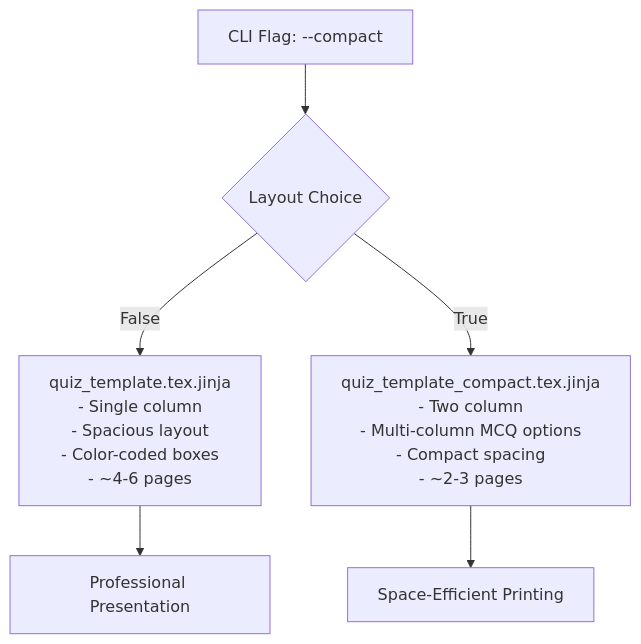
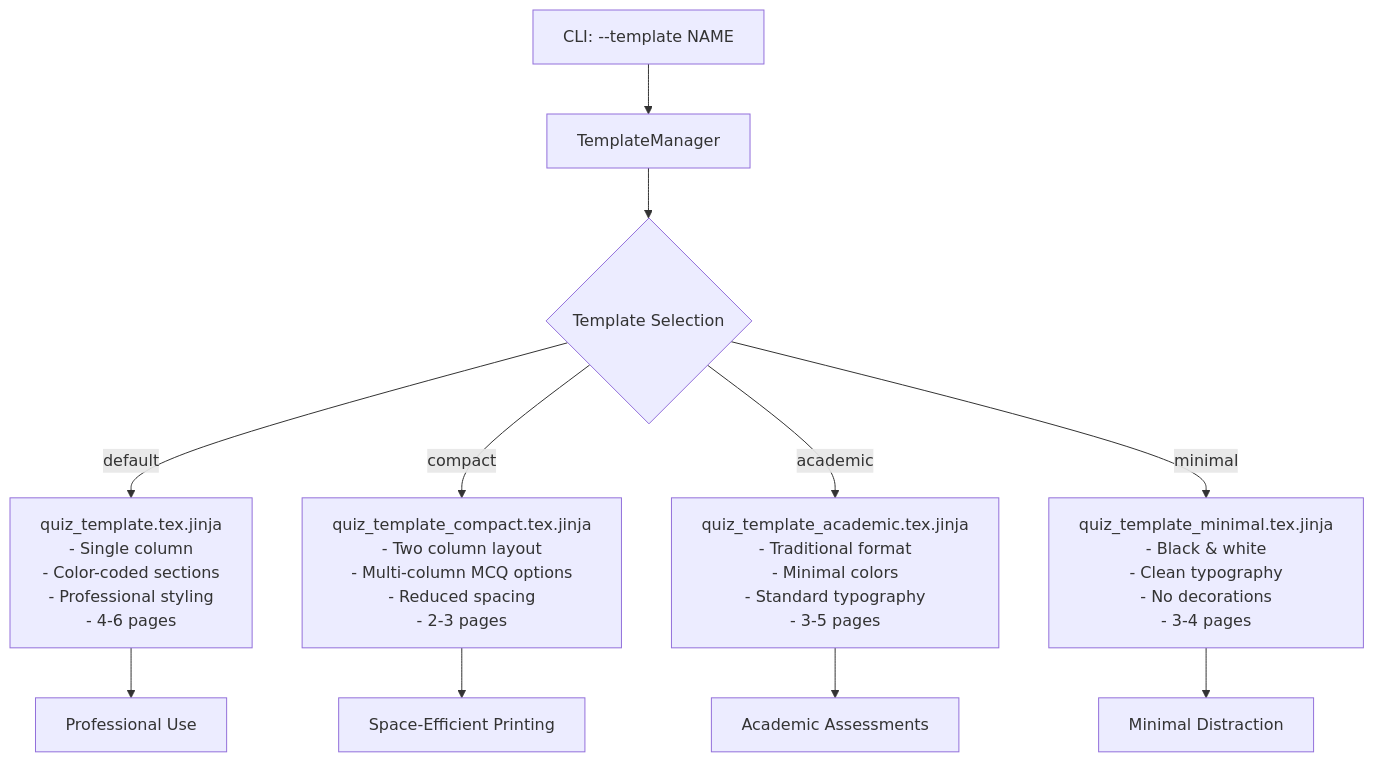
Before and after one commit to nipunbatra/setwise: the fourth of 4 diagrams in docs/architecture.md, drawn with Mermaid. The commit also changed other lines of this file and 5 other files, not shown here.

````diff
--- a/docs/architecture.md
+++ b/docs/architecture.md
@@ -98,9 +102,18 @@
 ```mermaid
 graph TD
-    A[CLI Flag: --compact] --> B{Layout Choice}
-    B -->|False| C[quiz_template.tex.jinja<br/>- Single column<br/>- Spacious layout<br/>- Color-coded boxes<br/>- ~4-6 pages]
-    B -->|True| D[quiz_template_compact.tex.jinja<br/>- Two column<br/>- Multi-column MCQ options<br/>- Compact spacing<br/>- ~2-3 pages]
+    A[CLI: --template NAME] --> B[TemplateManager]
+    B --> C{Template Selection}
     
-    C --> E[Professional Presentation]
-    D --> F[Space-Efficient Printing]
+    C -->|default| D[quiz_template.tex.jinja<br/>- Single column<br/>- Color-coded sections<br/>- Professional styling<br/>- 4-6 pages]
+    
+    C -->|compact| E[quiz_template_compact.tex.jinja<br/>- Two column layout<br/>- Multi-column MCQ options<br/>- Reduced spacing<br/>- 2-3 pages]
+    
+    C -->|academic| F[quiz_template_academic.tex.jinja<br/>- Traditional format<br/>- Minimal colors<br/>- Standard typography<br/>- 3-5 pages]
+    
+    C -->|minimal| G[quiz_template_minimal.tex.jinja<br/>- Black & white<br/>- Clean typography<br/>- No decorations<br/>- 3-4 pages]
+    
+    D --> H[Professional Use]
+    E --> I[Space-Efficient Printing]
+    F --> J[Academic Assessments]
+    G --> K[Minimal Distraction]
 ```
````
